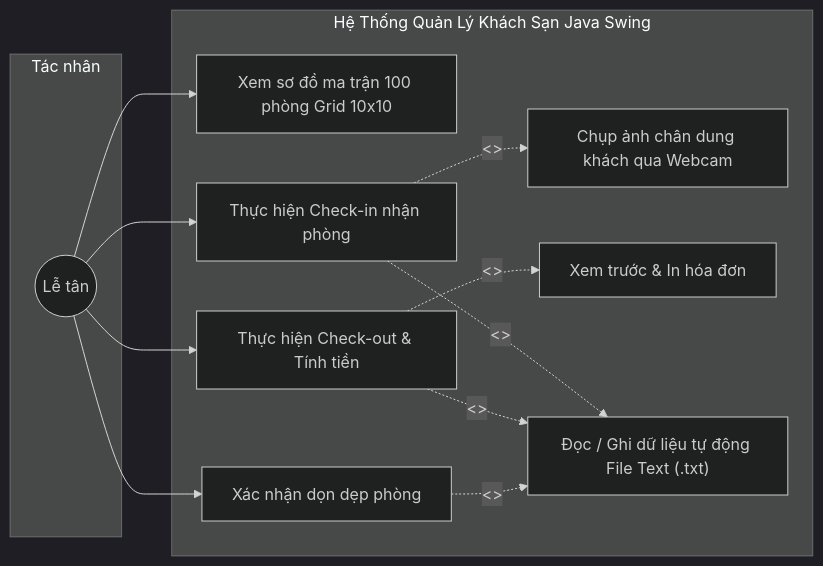
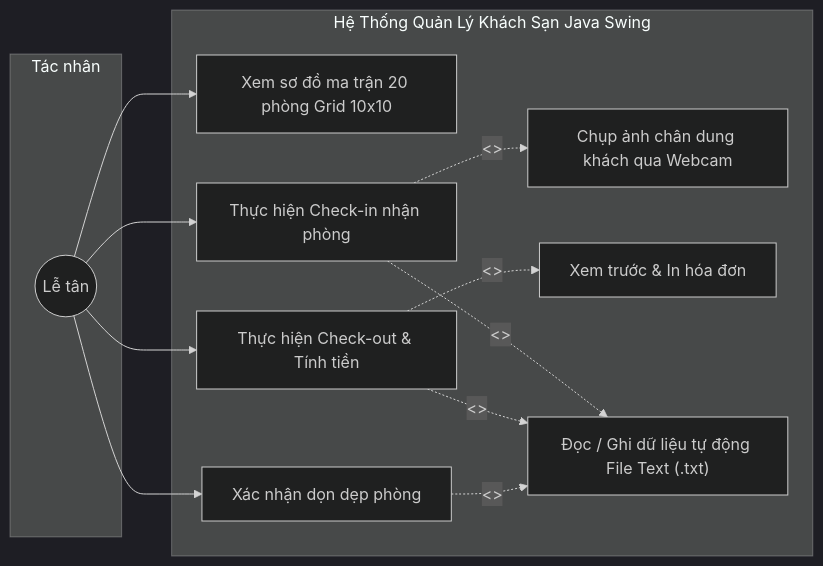
The diagram in docs/diagrams/usecase_diagram.mmd (NNTTuan/HotelBookingSystem), drawn with Mermaid (dark theme) before and after one commit. The commit also changed 4 other files, not shown here.

Commit message:
edit README.md, activity_checkin.mmd, architecture.mmd, erd_data_model.mmd, usecase_diagram.mmd

```diff
--- a/docs/diagrams/usecase_diagram.mmd
+++ b/docs/diagrams/usecase_diagram.mmd
@@ -1,25 +1,25 @@
 flowchart LR
     subgraph Actor ["Tác nhân"]
         User((Lễ tân))
     end
 
     subgraph System ["Hệ Thống Quản Lý Khách Sạn Java Swing"]
-        UC1["Xem sơ đồ ma trận 100 phòng Grid 10x10"]
+        UC1["Xem sơ đồ ma trận 20 phòng Grid 10x10"]
         UC2["Thực hiện Check-in nhận phòng"]
         UC3["Chụp ảnh chân dung khách qua Webcam"]
         UC4["Thực hiện Check-out & Tính tiền"]
         UC5["Xem trước & In hóa đơn"]
         UC6["Xác nhận dọn dẹp phòng"]
         UC7["Đọc / Ghi dữ liệu tự động File Text (.txt)"]
     end
 
     User --> UC1
     User --> UC2
     User --> UC4
     User --> UC6
 
     UC2 -. "<<include>>" .-> UC3
     UC2 -. "<<include>>" .-> UC7
     UC4 -. "<<extend>>" .-> UC5
     UC4 -. "<<include>>" .-> UC7
     UC6 -. "<<include>>" .-> UC7
```
